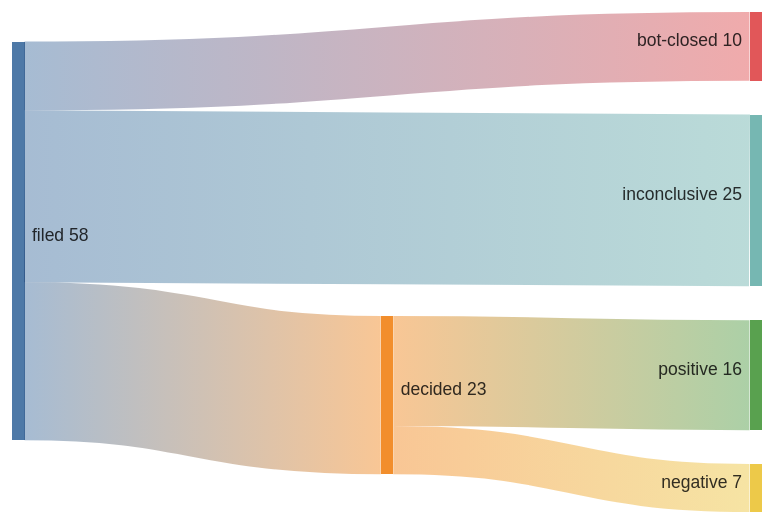
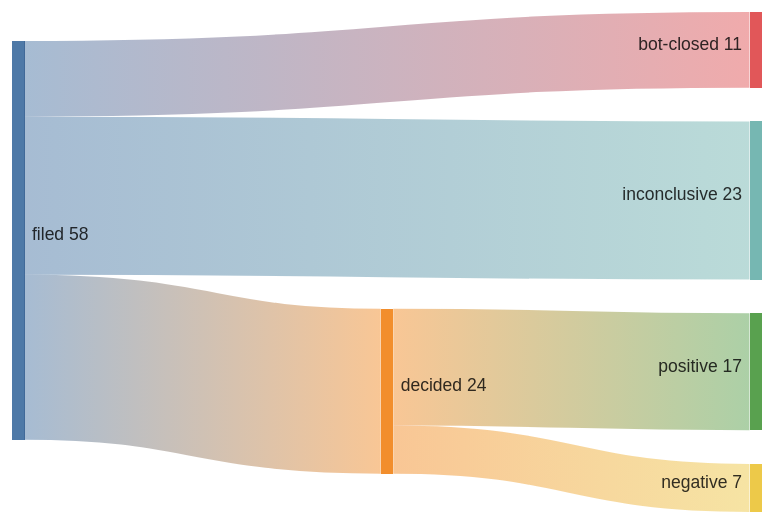
Before and after one commit to kimjune01/kimjune01: the third of 3 diagrams in README.md, drawn with Mermaid. The commit also changed other lines of this file, not shown here.

````diff
--- a/README.md
+++ b/README.md
@@ -44,8 +44,8 @@
 ```mermaid
 sankey-beta
-    filed,    decided,      23
-    filed,    bot-closed,   10
-    filed,    inconclusive, 25
-    decided,  positive,     16
+    filed,    decided,      24
+    filed,    bot-closed,   11
+    filed,    inconclusive, 23
+    decided,  positive,     17
     decided,  negative,     7
 ```
````
